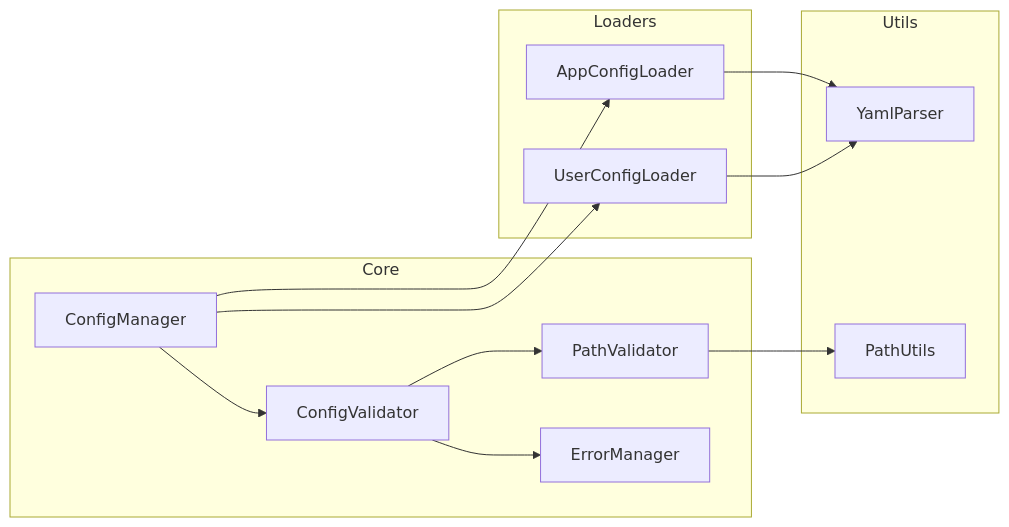
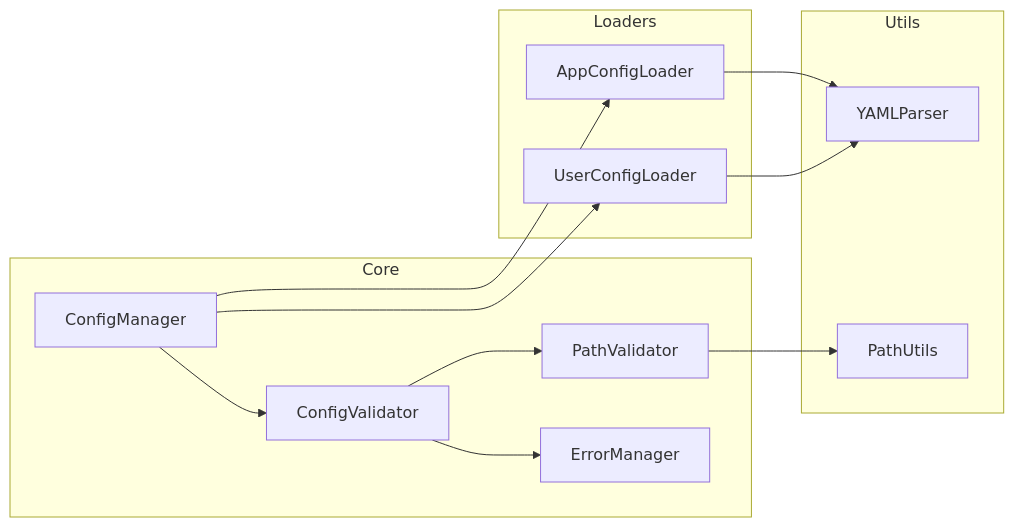
Before and after one commit to tettuan/breakdownconfig: the diagram in README.ja.md, drawn with Mermaid. The commit also changed other lines of this file and 14 other files, not shown here.

````diff
--- a/README.ja.md
+++ b/README.ja.md
@@ -18,25 +18,25 @@
 ```mermaid
 graph LR
     subgraph Core
         A[ConfigManager]
         B[ConfigValidator]
         C[PathValidator]
         D[ErrorManager]
     end
     subgraph Loaders
         E[AppConfigLoader]
         F[UserConfigLoader]
     end
     subgraph Utils
-        G[YamlParser]
+        G[YAMLParser]
         H[PathUtils]
     end
     A --> E
     A --> F
     E --> G
     F --> G
     A --> B
     B --> C
     B --> D
     C --> H
 ```
````
